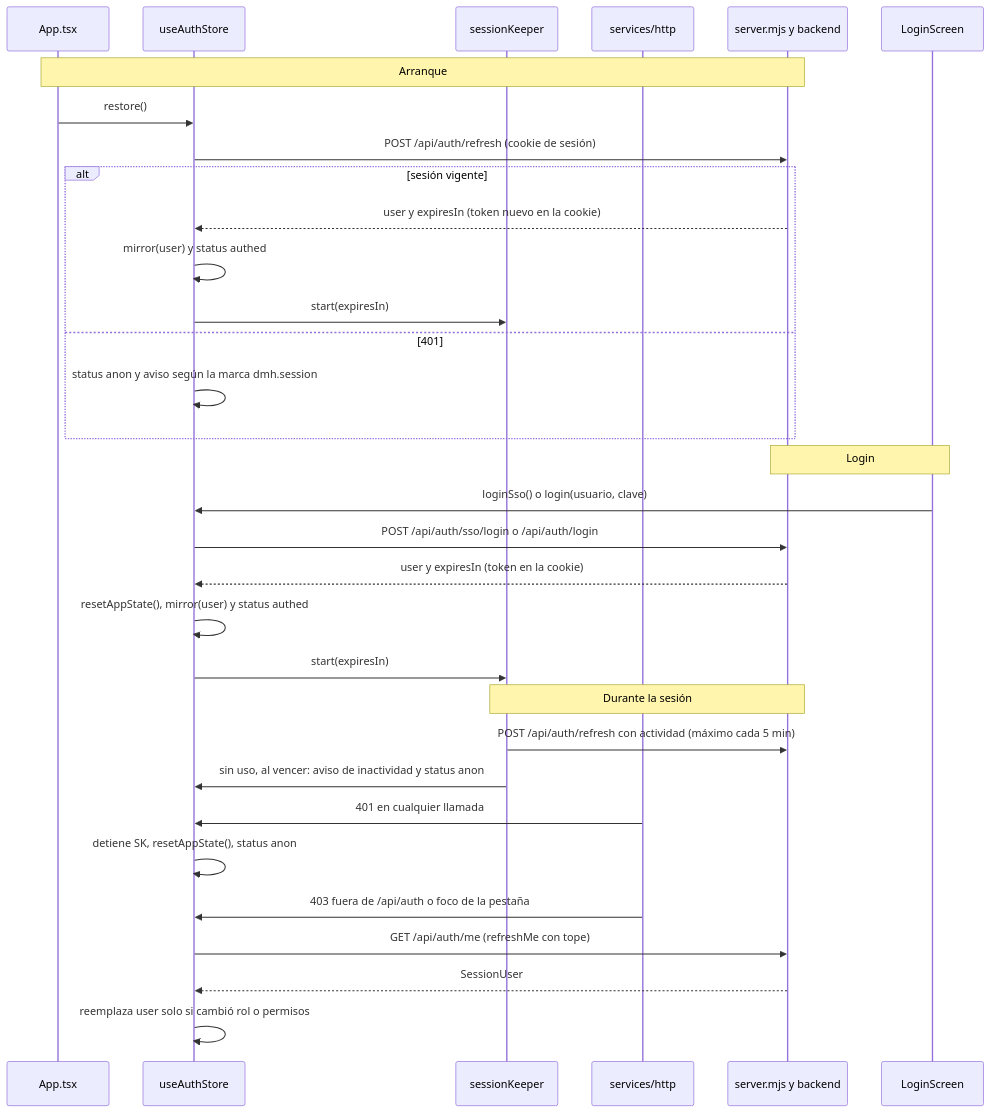
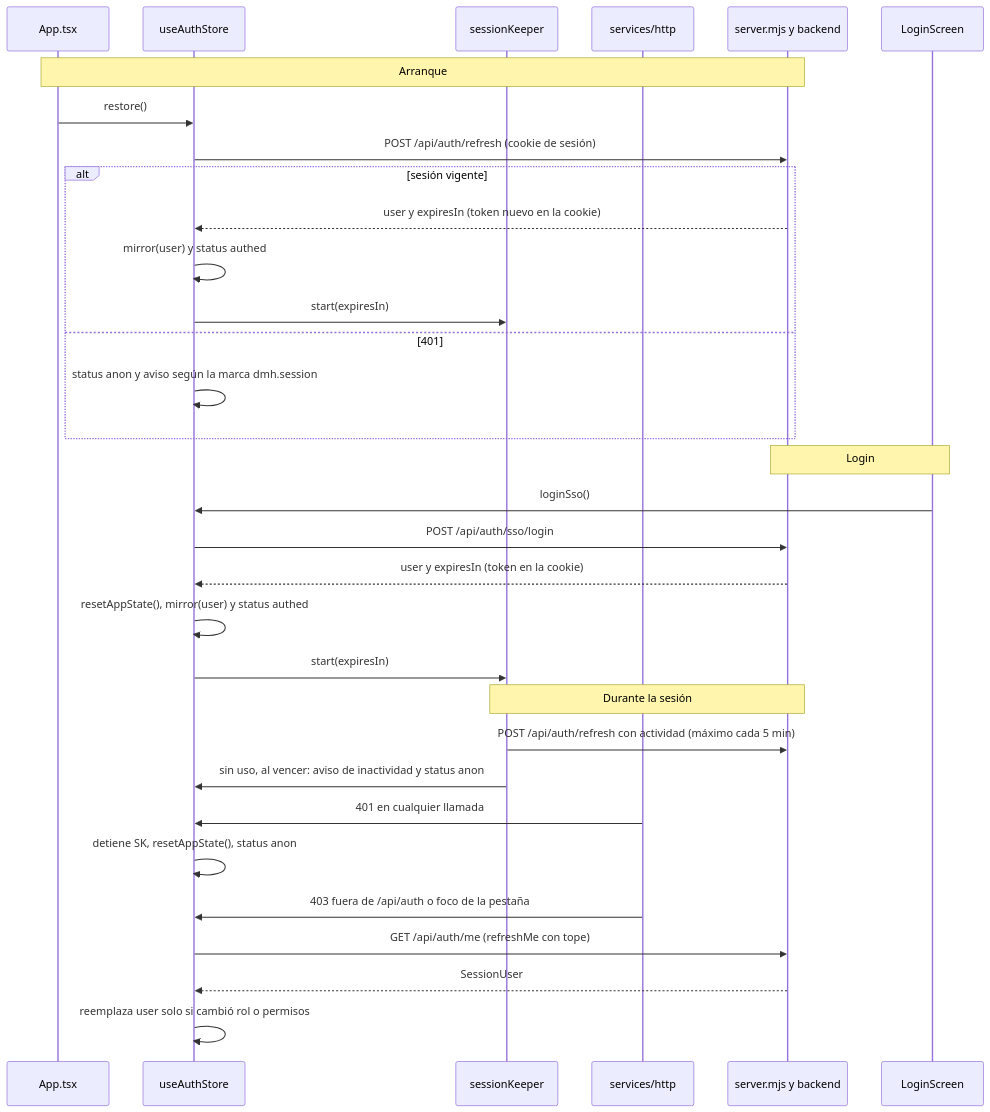
The second of 11 diagrams in docs/06-flujo-de-datos.md (Carlosmps97/web-data-model-hub), drawn with Mermaid before and after one commit. The commit also changed other lines of this file and 69 other files, not shown here.

````diff
--- a/docs/06-flujo-de-datos.md
+++ b/docs/06-flujo-de-datos.md
@@ -172,37 +171,37 @@
 ```mermaid
 sequenceDiagram
   participant App as App.tsx
   participant AS as useAuthStore
   participant SK as sessionKeeper
   participant HTTP as services/http
   participant API as server.mjs y backend
   participant Login as LoginScreen
 
   Note over App,API: Arranque
   App->>AS: restore()
   AS->>API: POST /api/auth/refresh (cookie de sesión)
   alt sesión vigente
     API-->>AS: user y expiresIn (token nuevo en la cookie)
     AS->>AS: mirror(user) y status authed
     AS->>SK: start(expiresIn)
   else 401
     AS->>AS: status anon y aviso según la marca dmh.session
   end
 
   Note over Login,API: Login
-  Login->>AS: loginSso() o login(usuario, clave)
-  AS->>API: POST /api/auth/sso/login o /api/auth/login
+  Login->>AS: loginSso()
+  AS->>API: POST /api/auth/sso/login
   API-->>AS: user y expiresIn (token en la cookie)
   AS->>AS: resetAppState(), mirror(user) y status authed
   AS->>SK: start(expiresIn)
 
   Note over SK,API: Durante la sesión
   SK->>API: POST /api/auth/refresh con actividad (máximo cada 5 min)
   SK->>AS: sin uso, al vencer: aviso de inactividad y status anon
   HTTP->>AS: 401 en cualquier llamada
   AS->>AS: detiene SK, resetAppState(), status anon
   HTTP->>AS: 403 fuera de /api/auth o foco de la pestaña
   AS->>API: GET /api/auth/me (refreshMe con tope)
   API-->>AS: SessionUser
   AS->>AS: reemplaza user solo si cambió rol o permisos
 ```
````
